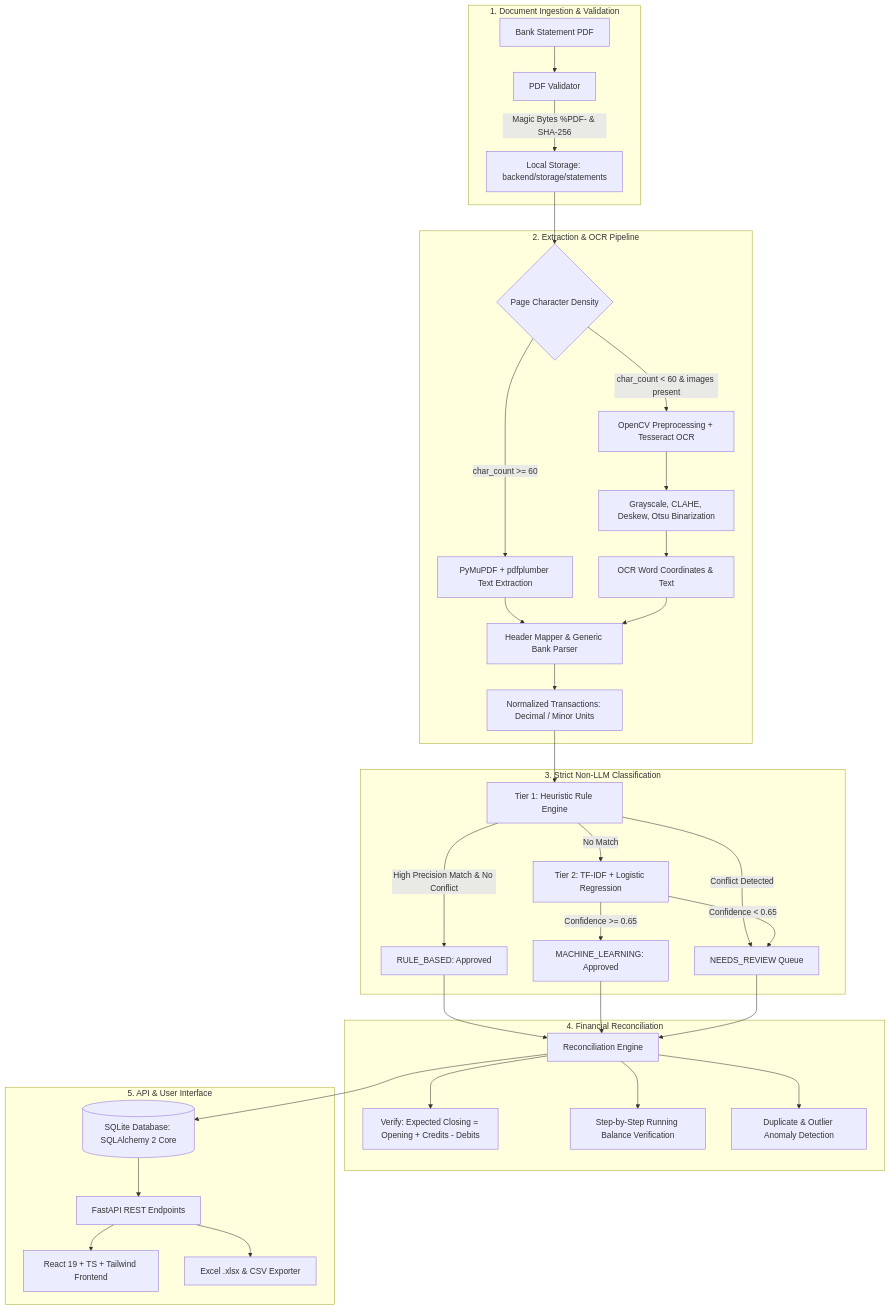
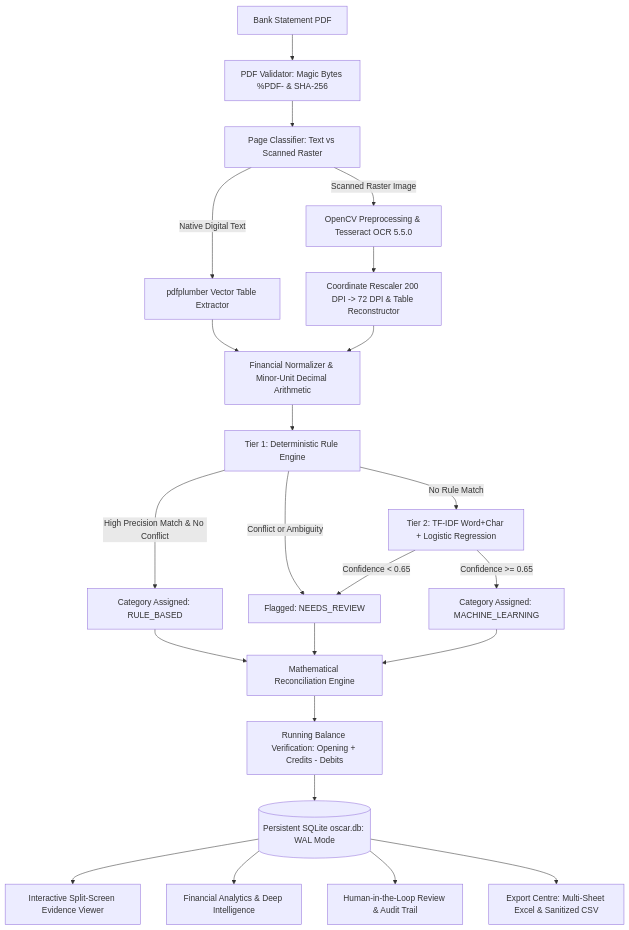
Before and after one commit to Shaan1401/oscar-financial-document-intelligence: the diagram in README.md, drawn with Mermaid. The commit also changed other lines of this file and 22 other files, not shown here.

Commit message:
feat(release): fix Export Centre responsive layout, redirect runtime to F:, add one-click launchers, and audit documentation

````diff
--- a/README.md
+++ b/README.md
@@ -79,41 +103,23 @@
 ```mermaid
 flowchart TD
-    subgraph Ingestion ["1. Document Ingestion & Validation"]
-        A[Bank Statement PDF] --> B[PDF Validator]
-        B -->|Magic Bytes %PDF- & SHA-256| C[Local Storage: backend/storage/statements]
-    end
-
-    subgraph Extraction ["2. Extraction & OCR Pipeline"]
-        C --> D{Page Character Density}
-        D -->|char_count >= 60| E[PyMuPDF + pdfplumber Text Extraction]
-        D -->|char_count < 60 & images present| F[OpenCV Preprocessing + Tesseract OCR]
-        F --> G[Grayscale, CLAHE, Deskew, Otsu Binarization]
-        G --> H[OCR Word Coordinates & Text]
-        E --> I[Header Mapper & Generic Bank Parser]
-        H --> I
-        I --> J[Normalized Transactions: Decimal / Minor Units]
-    end
-
-    subgraph Classification ["3. Strict Non-LLM Classification"]
-        J --> K[Tier 1: Heuristic Rule Engine]
-        K -->|High Precision Match & No Conflict| L[RULE_BASED: Approved]
-        K -->|Conflict Detected| M[NEEDS_REVIEW Queue]
-        K -->|No Match| N[Tier 2: TF-IDF + Logistic Regression]
-        N -->|Confidence >= 0.65| O[MACHINE_LEARNING: Approved]
-        N -->|Confidence < 0.65| M
-    end
-
-    subgraph Reconciliation ["4. Financial Reconciliation"]
-        L & O & M --> P[Reconciliation Engine]
-        P --> Q[Verify: Expected Closing = Opening + Credits - Debits]
-        P --> R[Step-by-Step Running Balance Verification]
-        P --> S[Duplicate & Outlier Anomaly Detection]
-    end
-
-    subgraph Presentation ["5. API & User Interface"]
-        P --> T[(SQLite Database: SQLAlchemy 2 Core)]
-        T --> U[FastAPI REST Endpoints]
-        U --> V[React 19 + TS + Tailwind Frontend]
-        U --> W[Excel .xlsx & CSV Exporter]
-    end
+    A[Bank Statement PDF] --> B[PDF Validator: Magic Bytes %PDF- & SHA-256]
+    B --> C[Page Classifier: Text vs Scanned Raster]
+    C -->|Native Digital Text| D[pdfplumber Vector Table Extractor]
+    C -->|Scanned Raster Image| E[OpenCV Preprocessing & Tesseract OCR 5.5.0]
+    E --> F[Coordinate Rescaler 200 DPI -> 72 DPI & Table Reconstructor]
+    D --> G[Financial Normalizer & Minor-Unit Decimal Arithmetic]
+    F --> G
+    G --> H[Tier 1: Deterministic Rule Engine]
+    H -->|High Precision Match & No Conflict| I[Category Assigned: RULE_BASED]
+    H -->|Conflict or Ambiguity| J[Flagged: NEEDS_REVIEW]
+    H -->|No Rule Match| K[Tier 2: TF-IDF Word+Char + Logistic Regression]
+    K -->|Confidence >= 0.65| L[Category Assigned: MACHINE_LEARNING]
+    K -->|Confidence < 0.65| J
+    I & J & L --> M[Mathematical Reconciliation Engine]
+    M --> N[Running Balance Verification: Opening + Credits - Debits]
+    N --> O[(Persistent SQLite oscar.db: WAL Mode)]
+    O --> P[Interactive Split-Screen Evidence Viewer]
+    O --> Q[Financial Analytics & Deep Intelligence]
+    O --> R[Human-in-the-Loop Review & Audit Trail]
+    O --> S[Export Centre: Multi-Sheet Excel & Sanitized CSV]
 ```
````
